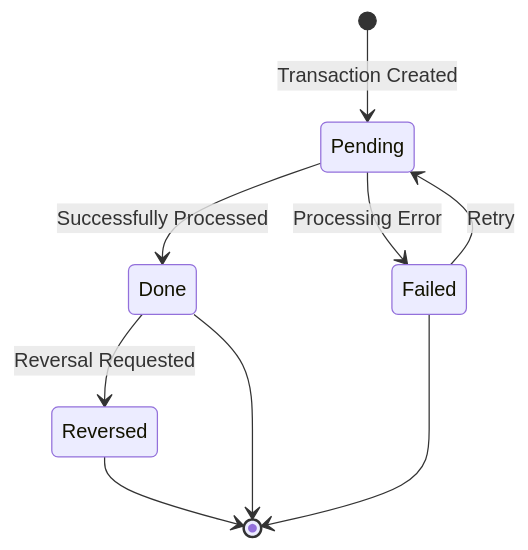
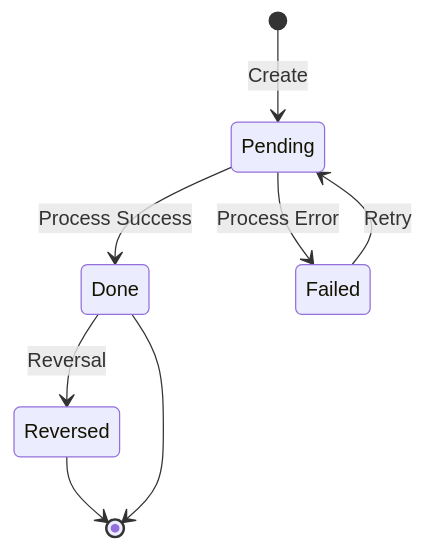
The first of 2 diagrams in docs/copybooks/TRNREC.mdx (haladir-com/legacy-benchmark-docs-vb70e1), drawn with Mermaid before and after one commit. The commit also changed other lines of this file and 63 other files, not shown here.

````diff
--- a/docs/copybooks/TRNREC.mdx
+++ b/docs/copybooks/TRNREC.mdx
@@ -244,11 +297,10 @@
 ```mermaid
 stateDiagram-v2
-    [*] --> Pending: Transaction Created
-    Pending --> Done: Successfully Processed
-    Pending --> Failed: Processing Error
-    Done --> Reversed: Reversal Requested
+    [*] --> Pending: Create
+    Pending --> Done: Process Success
+    Pending --> Failed: Process Error
+    Done --> Reversed: Reversal
     Failed --> Pending: Retry
     Reversed --> [*]
     Done --> [*]
-    Failed --> [*]
 ```
````
